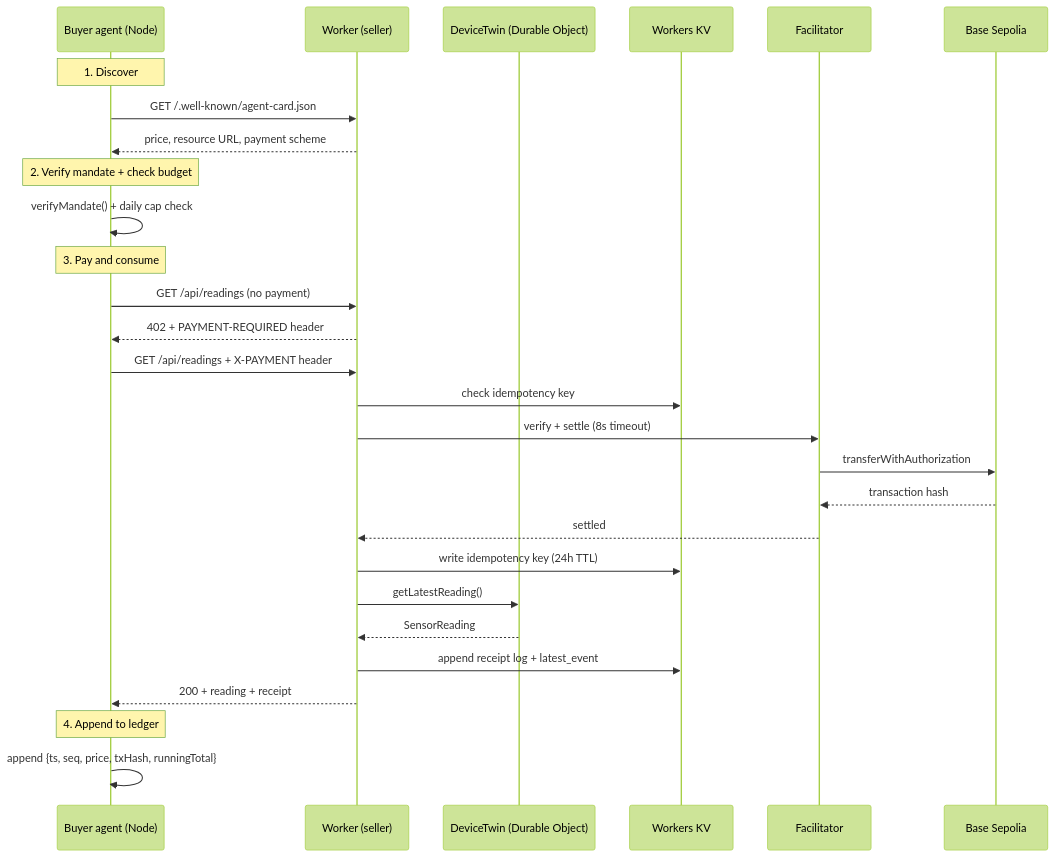
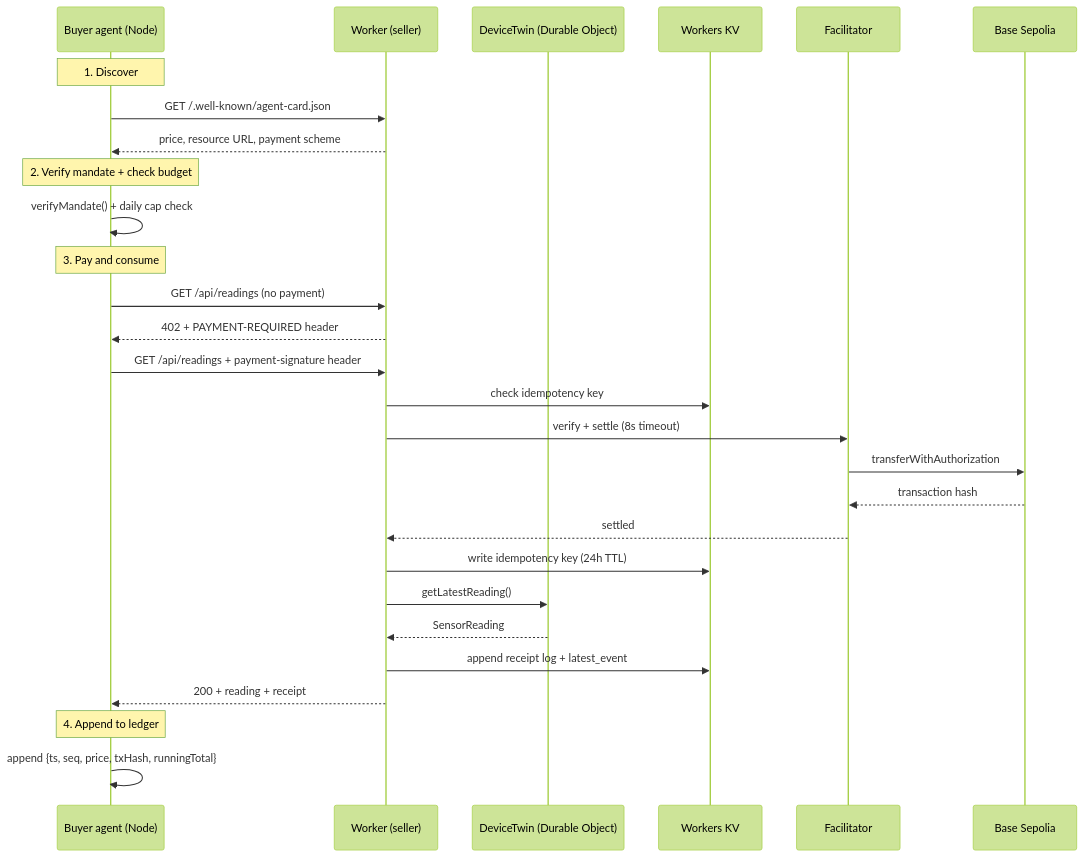
Before and after one commit to Soresta/x402-iot-poc: the diagram in README.md, drawn with Mermaid (forest theme). The commit also changed other lines of this file and 2 other files, not shown here.

````diff
--- a/README.md
+++ b/README.md
@@ -37,34 +37,34 @@
 ```mermaid
 sequenceDiagram
     participant B as Buyer agent (Node)
     participant W as Worker (seller)
     participant DO as DeviceTwin (Durable Object)
     participant KV as Workers KV
     participant F as Facilitator
     participant C as Base Sepolia
 
     Note over B: 1. Discover
     B->>W: GET /.well-known/agent-card.json
     W-->>B: price, resource URL, payment scheme
 
     Note over B: 2. Verify mandate + check budget
     B->>B: verifyMandate() + daily cap check
 
     Note over B: 3. Pay and consume
     B->>W: GET /api/readings (no payment)
     W-->>B: 402 + PAYMENT-REQUIRED header
-    B->>W: GET /api/readings + X-PAYMENT header
+    B->>W: GET /api/readings + payment-signature header
     W->>KV: check idempotency key
     W->>F: verify + settle (8s timeout)
     F->>C: transferWithAuthorization
     C-->>F: transaction hash
     F-->>W: settled
     W->>KV: write idempotency key (24h TTL)
     W->>DO: getLatestReading()
     DO-->>W: SensorReading
     W->>KV: append receipt log + latest_event
     W-->>B: 200 + reading + receipt
 
     Note over B: 4. Append to ledger
     B->>B: append {ts, seq, price, txHash, runningTotal}
 ```
````
